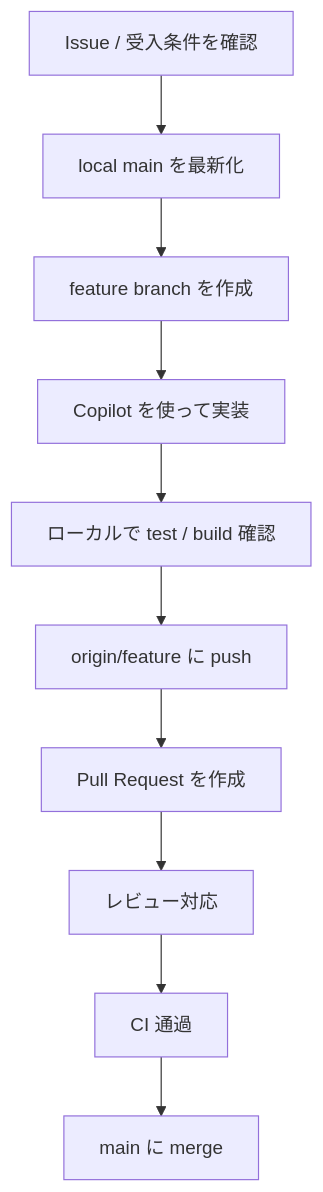
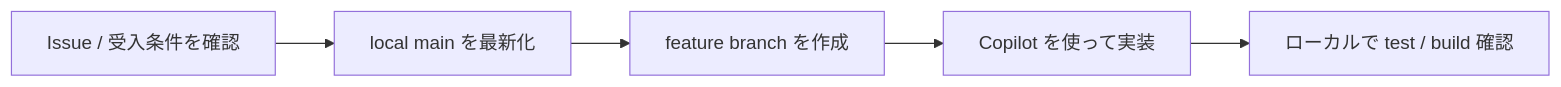
Before and after one commit to duwenji/github-copilot-practical-workflows-tutorial: the first of 2 diagrams in docs/02-daily-development-workflows/05-end-to-end-workflow-map.md, drawn with Mermaid. The commit also changed other lines of this file and 1 other file, not shown here.

Commit message:
Refine workflow diagrams for PDF layout

````diff
--- a/docs/02-daily-development-workflows/05-end-to-end-workflow-map.md
+++ b/docs/02-daily-development-workflows/05-end-to-end-workflow-map.md
@@ -5,12 +7,7 @@
 ```mermaid
-flowchart TD
+flowchart LR
     A[Issue / 受入条件を確認] --> B[local main を最新化]
     B --> C[feature branch を作成]
     C --> D[Copilot を使って実装]
     D --> E[ローカルで test / build 確認]
-    E --> F[origin/feature に push]
-    F --> G[Pull Request を作成]
-    G --> H[レビュー対応]
-    H --> I[CI 通過]
-    I --> J[main に merge]
 ```
````
